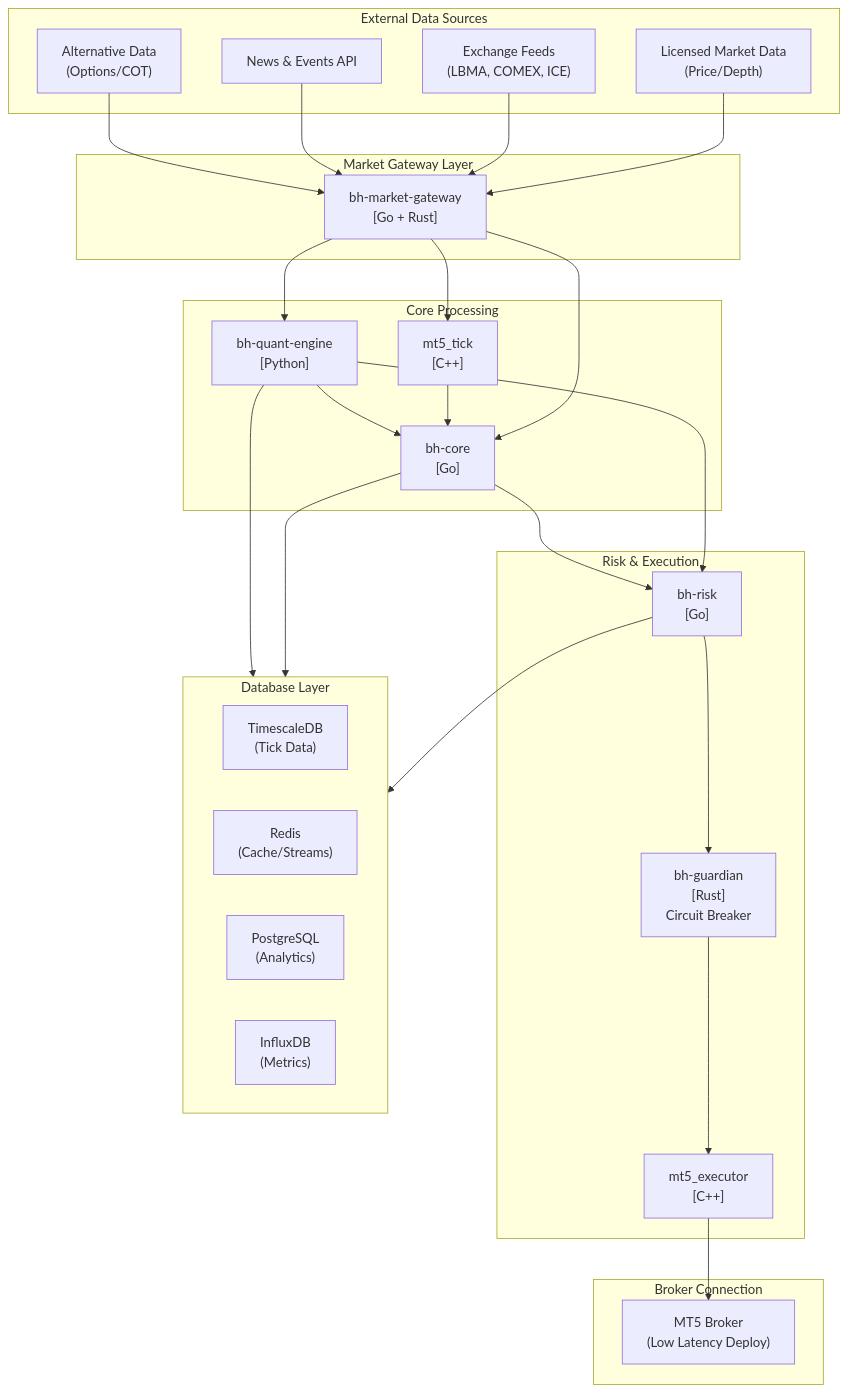
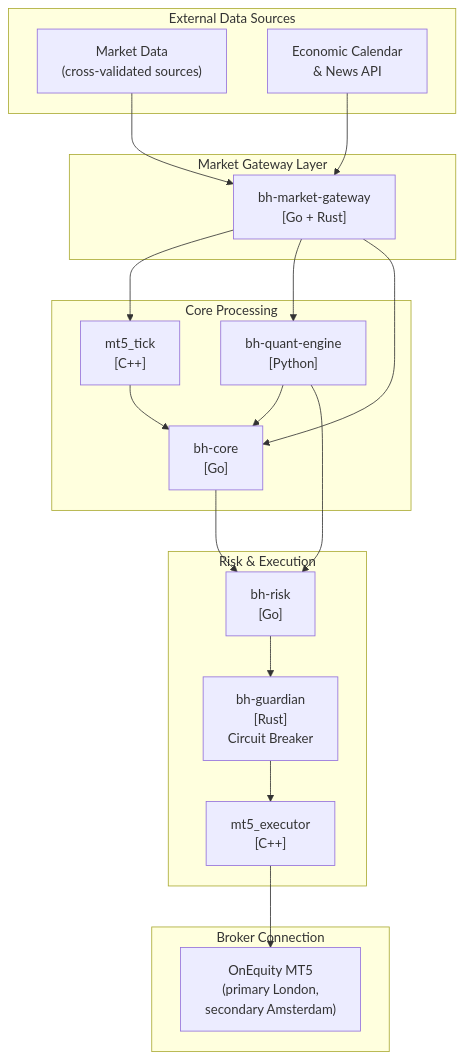
One commit to blackholefund/external_docs changed the first of 2 diagrams in README.md. Above: the diagram before and after it, drawn with Mermaid. The commit also changed other lines of this file and 17 other files, not shown here.

````diff
--- a/README.md
+++ b/README.md
@@ -11,58 +17,43 @@
 ```mermaid
 flowchart TB
     subgraph External["External Data Sources"]
-        Premium["Licensed Market Data\n(Price/Depth)"]
-        Exchanges["Exchange Feeds\n(LBMA, COMEX, ICE)"]
-        News["News & Events API"]
-        Alt["Alternative Data\n(Options/COT)"]
+        MarketData["Market Data\n(cross-validated sources)"]
+        News["Economic Calendar\n& News API"]
     end
 
     subgraph Gateway["Market Gateway Layer"]
         MG["bh-market-gateway\n[Go + Rust]"]
     end
 
     subgraph Core["Core Processing"]
         MT5T["mt5_tick\n[C++]"]
         Quant["bh-quant-engine\n[Python]"]
         Orchestrator["bh-core\n[Go]"]
     end
 
     subgraph RiskLayer["Risk & Execution"]
         Risk["bh-risk\n[Go]"]
         Guardian["bh-guardian\n[Rust]\nCircuit Breaker"]
         Executor["mt5_executor\n[C++]"]
     end
 
-    subgraph Data["Database Layer"]
-        Timescale["TimescaleDB\n(Tick Data)"]
-        Redis["Redis\n(Cache/Streams)"]
-        Postgres["PostgreSQL\n(Analytics)"]
-        Influx["InfluxDB\n(Metrics)"]
+    subgraph Broker["Broker Connection"]
+        MT5["OnEquity MT5\n(primary London,\nsecondary Amsterdam)"]
     end
 
-    subgraph Broker["Broker Connection"]
-        MT5["MT5 Broker\n(Low Latency Deploy)"]
-    end
-
-    Premium --> MG
-    Exchanges --> MG
+    MarketData --> MG
     News --> MG
-    Alt --> MG
 
     MG --> MT5T
     MG --> Quant
     MG --> Orchestrator
 
     MT5T --> Orchestrator
     Quant --> Orchestrator
     Quant --> Risk
 
     Orchestrator --> Risk
     Risk --> Guardian
     Guardian --> Executor
     Executor --> MT5
-
-    Orchestrator --> Data
-    Risk --> Data
-    Quant --> Data
 ```
````
